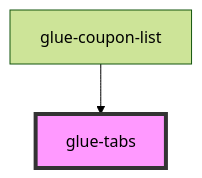
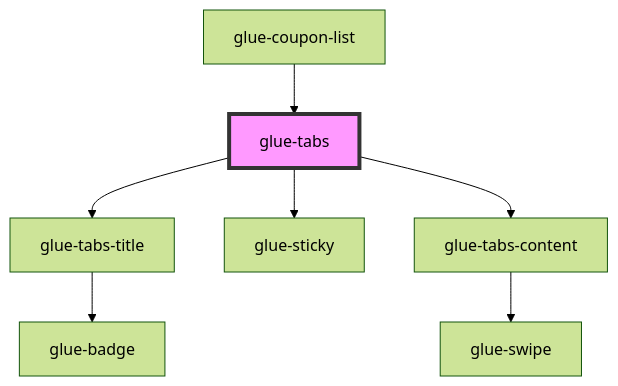
Before and after one commit to grasilife/glue: the diagram in packages/glue-components/src/components/glue-tabs/readme.md, drawn with Mermaid (forest theme). The commit also changed other lines of this file and 23 other files, not shown here.

````diff
--- a/packages/glue-components/src/components/glue-tabs/readme.md
+++ b/packages/glue-components/src/components/glue-tabs/readme.md
@@ -41,5 +46,10 @@
 ```mermaid
 graph TD;
+  glue-tabs --> glue-tabs-title
+  glue-tabs --> glue-sticky
+  glue-tabs --> glue-tabs-content
+  glue-tabs-title --> glue-badge
+  glue-tabs-content --> glue-swipe
   glue-coupon-list --> glue-tabs
   style glue-tabs fill:#f9f,stroke:#333,stroke-width:4px
 ```
````
